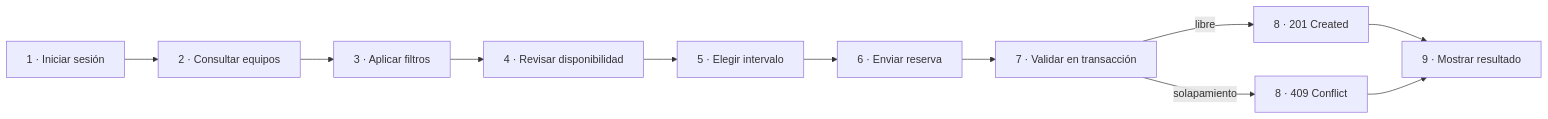
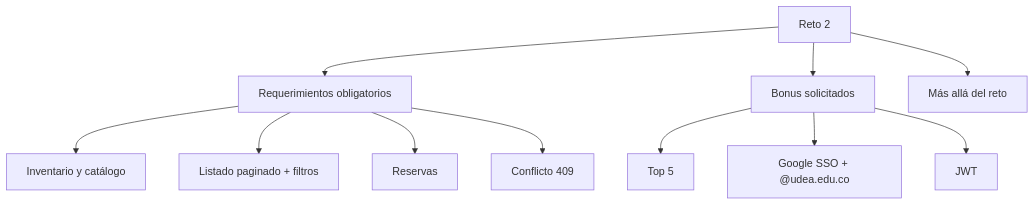
Before and after one commit to lisudea/technical-test-2026-2: the first of 17 diagrams in README.md, drawn with Mermaid. The commit also changed other lines of this file and 25 other files, not shown here.

````diff
--- a/README.md
+++ b/README.md
@@ -62,13 +109,13 @@
 ```mermaid
-flowchart LR
-  A[1 · Iniciar sesión] --> B[2 · Consultar equipos]
-  B --> C[3 · Aplicar filtros]
-  C --> D[4 · Revisar disponibilidad]
-  D --> E[5 · Elegir intervalo]
-  E --> F[6 · Enviar reserva]
-  F --> G[7 · Validar en transacción]
-  G -->|libre| H[8 · 201 Created]
-  G -->|solapamiento| I[8 · 409 Conflict]
-  H --> J[9 · Mostrar resultado]
-  I --> J
+flowchart TB
+  R[Reto 2] --> O[Requerimientos obligatorios]
+  R --> B[Bonus solicitados]
+  R --> X[Más allá del reto]
+  O --> E[Inventario y catálogo]
+  O --> P[Listado paginado + filtros]
+  O --> S[Reservas]
+  O --> C[Conflicto 409]
+  B --> T[Top 5]
+  B --> G[Google SSO + @udea.edu.co]
+  B --> J[JWT]
 ```
````
